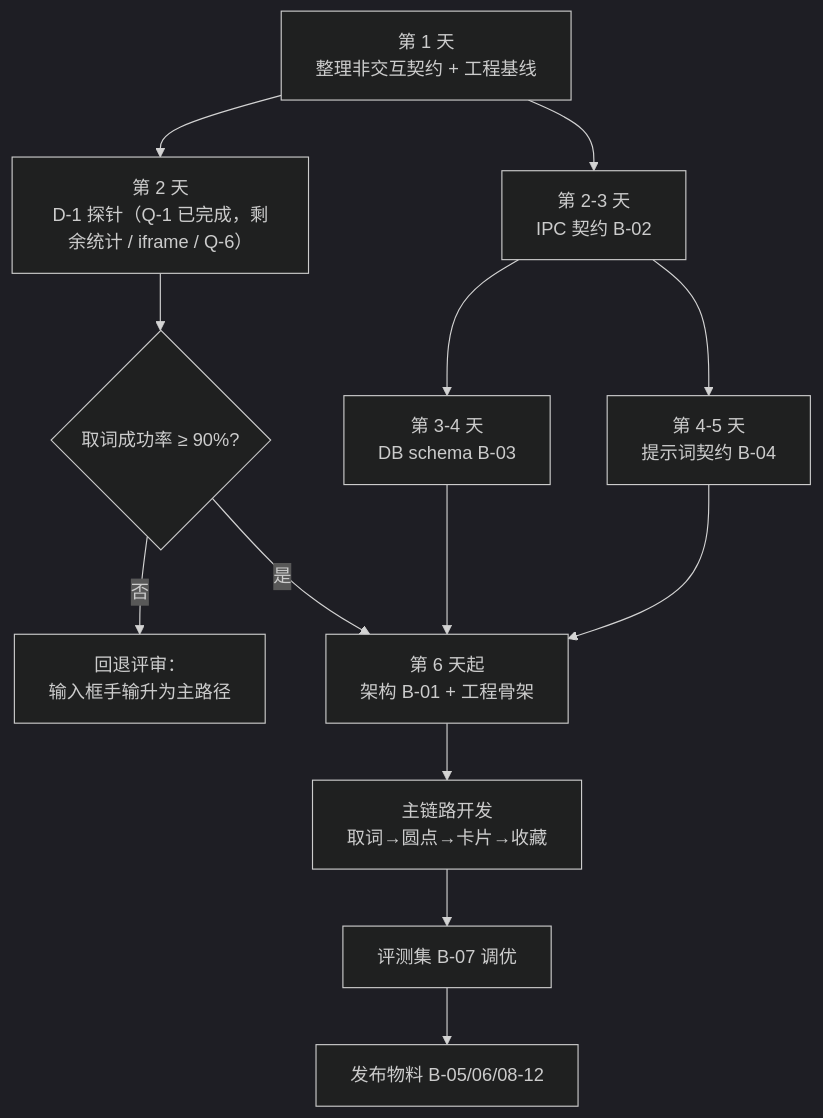
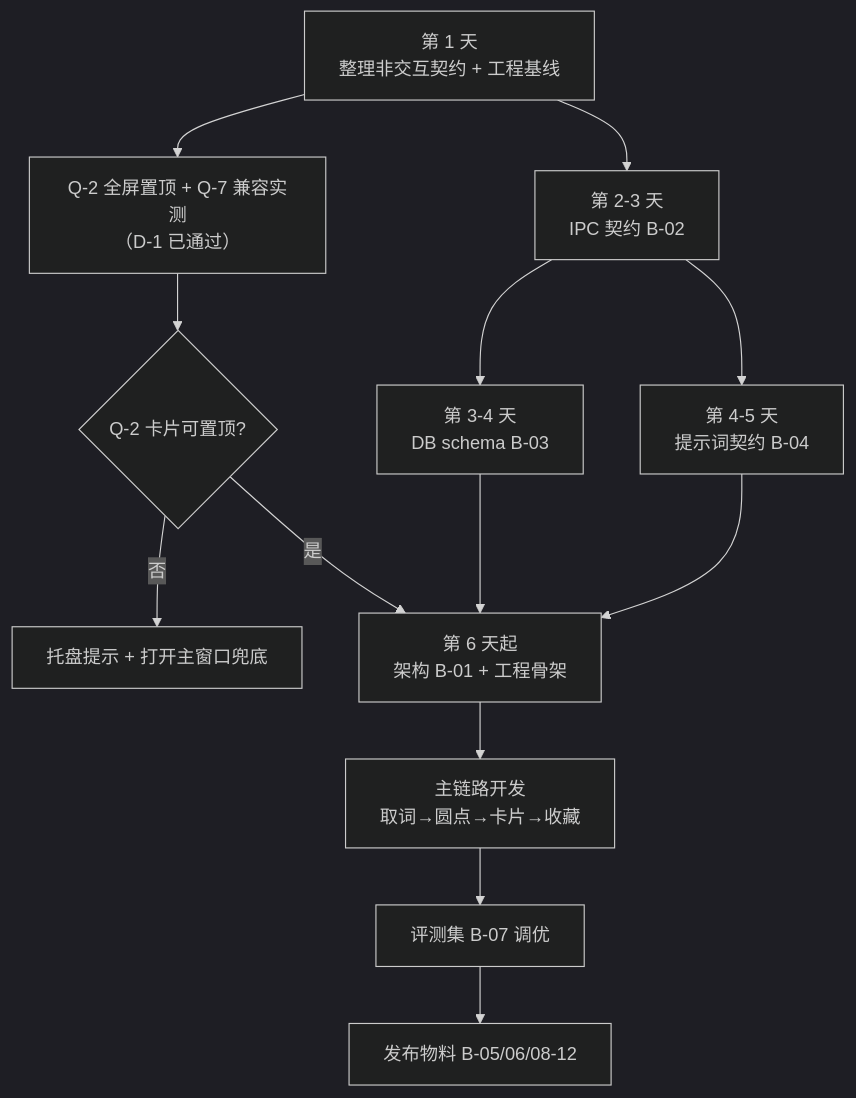
The diagram in docs/progress-checklist.md (BanShan-Alec/Snapword), drawn with Mermaid (dark theme) before and after one commit. The commit also changed other lines of this file and 3 other files, not shown here.

````diff
--- a/docs/progress-checklist.md
+++ b/docs/progress-checklist.md
@@ -168,15 +169,15 @@
 ```mermaid
 flowchart TD
-    A["第 1 天<br/>整理非交互契约 + 工程基线"] --> B["第 2 天<br/>D-1 探针（Q-1 已完成，剩余统计 / iframe / Q-6）"]
+    A["第 1 天<br/>整理非交互契约 + 工程基线"] --> B["Q-2 全屏置顶 + Q-7 兼容实测<br/>（D-1 已通过）"]
     A --> C["第 2-3 天<br/>IPC 契约 B-02"]
     C --> D["第 3-4 天<br/>DB schema B-03"]
     C --> E["第 4-5 天<br/>提示词契约 B-04"]
-    B --> F{"取词成功率 ≥ 90%?"}
-    F -- 否 --> G["回退评审：<br/>输入框手输升为主路径"]
+    B --> F{"Q-2 卡片可置顶?"}
+    F -- 否 --> G["托盘提示 + 打开主窗口兜底"]
     F -- 是 --> H["第 6 天起<br/>架构 B-01 + 工程骨架"]
     D --> H
     E --> H
     H --> I["主链路开发<br/>取词→圆点→卡片→收藏"]
     I --> J["评测集 B-07 调优"]
     J --> K["发布物料 B-05/06/08-12"]
 ```
````
